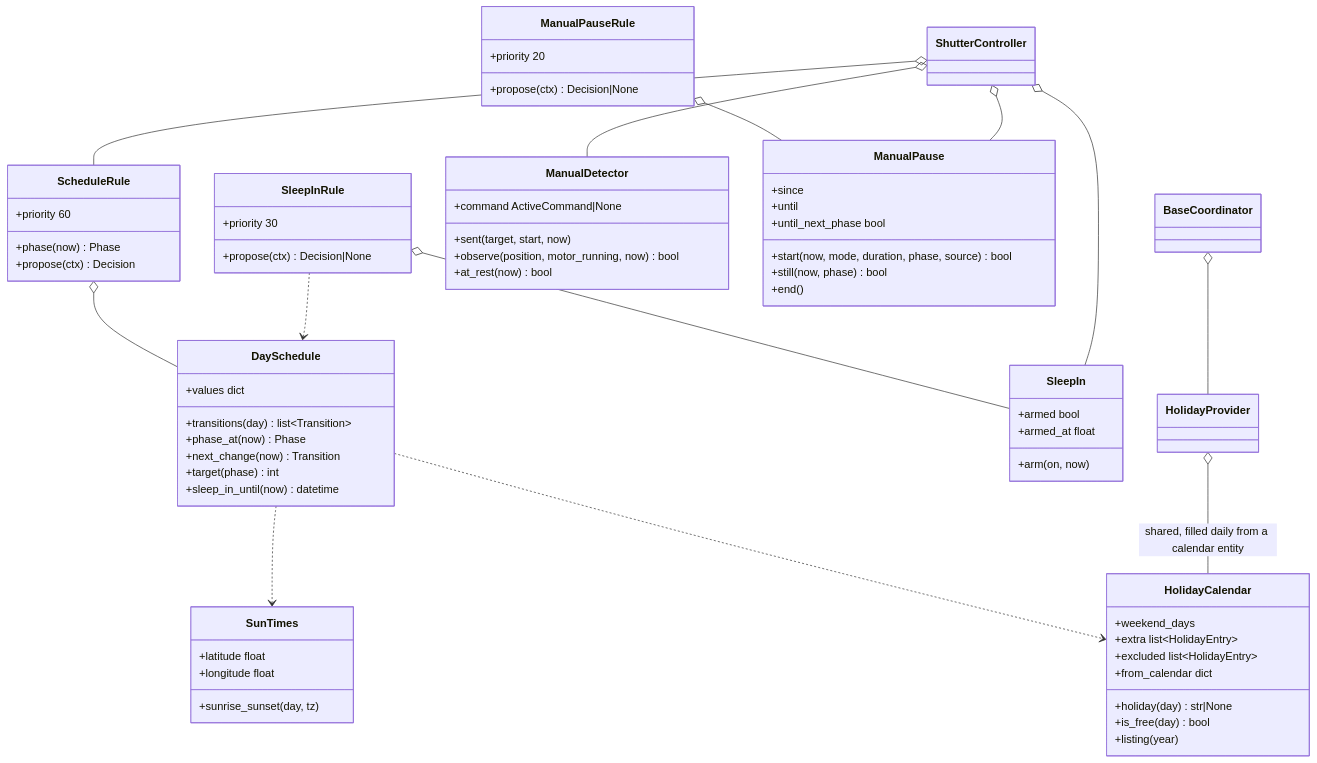
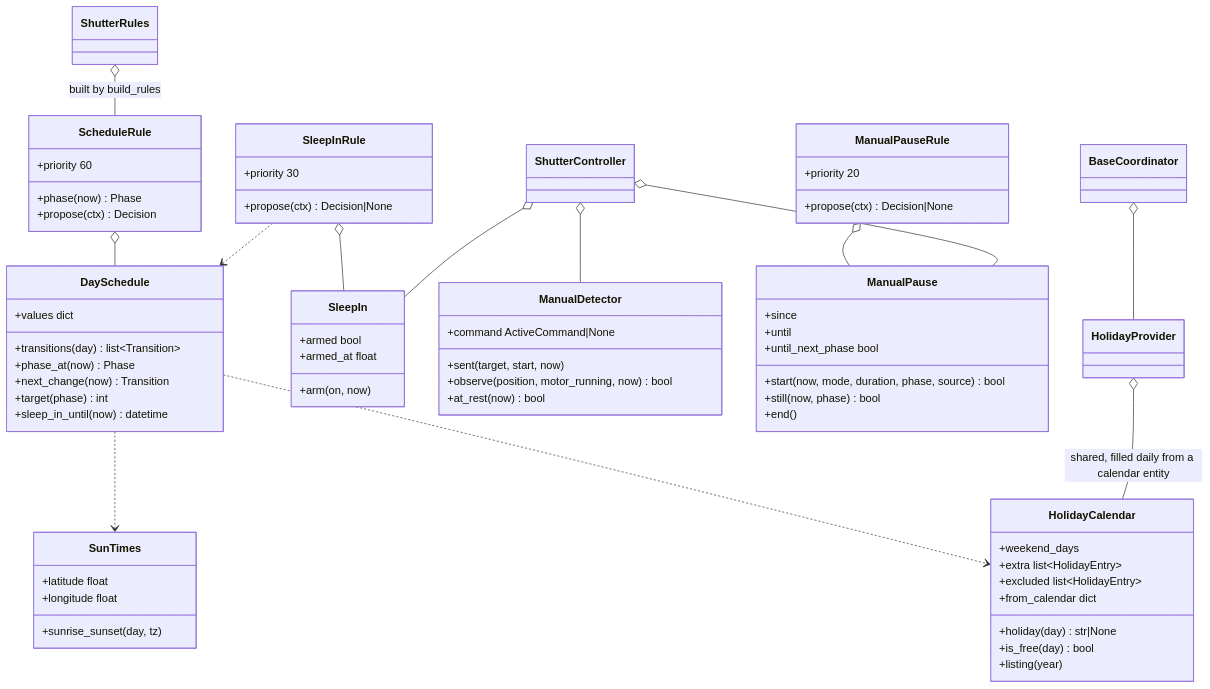
One commit to abroeders/smart-shutter-control changed diagram 14 of 46 in docs/architecture.md. Above: the diagram before and after it, drawn with Mermaid. The commit also changed other lines of this file and 9 other files, not shown here.

Commit message:
refactor(controller): typed shutter settings, rule chain factory and stored settings (#96)

````diff
--- a/docs/architecture.md
+++ b/docs/architecture.md
@@ -561,70 +564,70 @@
 ```mermaid
 classDiagram
     direction TB
     class DaySchedule {
         +values dict
         +transitions(day) list~Transition~
         +phase_at(now) Phase
         +next_change(now) Transition
         +target(phase) int
         +sleep_in_until(now) datetime
     }
     class SunTimes {
         +latitude float
         +longitude float
         +sunrise_sunset(day, tz)
     }
     class HolidayCalendar {
         +weekend_days
         +extra list~HolidayEntry~
         +excluded list~HolidayEntry~
         +from_calendar dict
         +holiday(day) str|None
         +is_free(day) bool
         +listing(year)
     }
     class ScheduleRule {
         +priority 60
         +phase(now) Phase
         +propose(ctx) Decision
     }
     class SleepIn {
         +armed bool
         +armed_at float
         +arm(on, now)
     }
     class SleepInRule {
         +priority 30
         +propose(ctx) Decision|None
     }
     class ManualDetector {
         +command ActiveCommand|None
         +sent(target, start, now)
         +observe(position, motor_running, now) bool
         +at_rest(now) bool
     }
     class ManualPause {
         +since
         +until
         +until_next_phase bool
         +start(now, mode, duration, phase, source) bool
         +still(now, phase) bool
         +end()
     }
     class ManualPauseRule {
         +priority 20
         +propose(ctx) Decision|None
     }
     DaySchedule ..> SunTimes
     DaySchedule ..> HolidayCalendar
     ScheduleRule o-- DaySchedule
     SleepInRule o-- SleepIn
     SleepInRule ..> DaySchedule
     ManualPauseRule o-- ManualPause
     ShutterController o-- ManualDetector
     ShutterController o-- ManualPause
-    ShutterController o-- ScheduleRule
+    ShutterRules o-- ScheduleRule : built by build_rules
     ShutterController o-- SleepIn
     HolidayProvider o-- HolidayCalendar : shared, filled daily from a calendar entity
     BaseCoordinator o-- HolidayProvider
 ```
````
